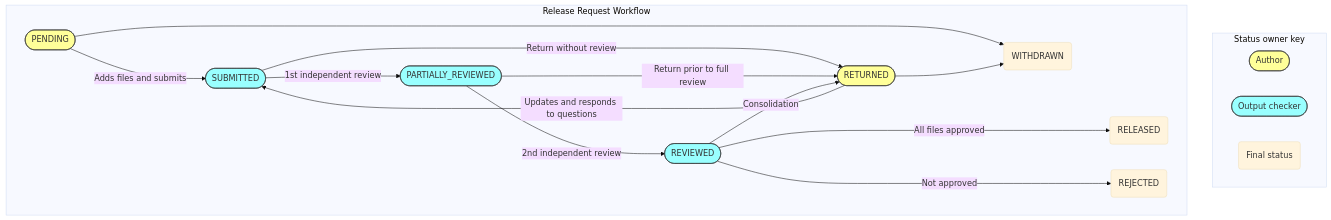
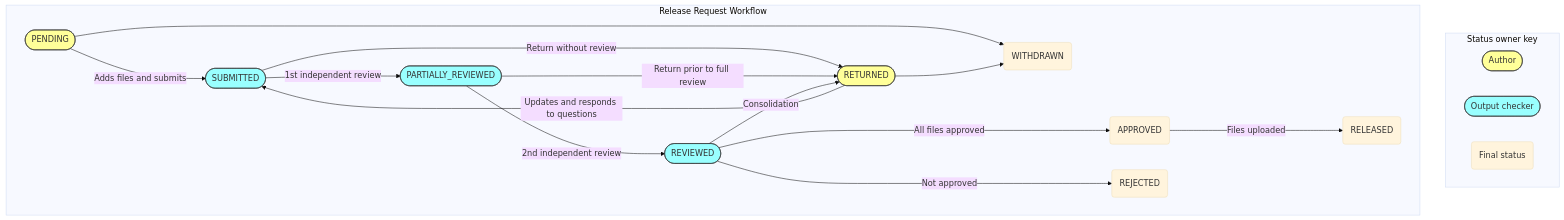
Before and after one commit to opensafely-core/airlock: the diagram in docs/explanation/workflow-and-permissions.md, drawn with Mermaid (base theme). The commit also changed other lines of this file, not shown here.

Commit message:
Update workflow diagram

````diff
--- a/docs/explanation/workflow-and-permissions.md
+++ b/docs/explanation/workflow-and-permissions.md
@@ -48,27 +53,28 @@
 ```mermaid
 flowchart TD
     subgraph Status owner key
     direction LR
         1([Author]):::author
         2([Output checker]):::checker
         3(Final status)
     end
 
     subgraph Release Request Workflow
         A([PENDING]):::author -- Adds files and submits --> B([SUBMITTED]):::checker
         B -- 1st independent review --> C([PARTIALLY_REVIEWED]):::checker
         B -- Return without review --> E([RETURNED]):::author
         C -- 2nd independent review --> D([REVIEWED]):::checker
         C -- Return prior to full review --> E
         D -- Consolidation --> E
         E -- Updates and responds to questions --> B
-        D -- All files approved ----> F(RELEASED)
+        D -- All files approved ----> F(APPROVED)
         D -- Not approved ----> G(REJECTED)
-        A --> H(WITHDRAWN)
-        E --> H
+        F(APPROVED) -- Files uploaded ----> H(RELEASED)
+        A --> I(WITHDRAWN)
+        E --> I
     end
 
 classDef author fill:#ff9,stroke:#333;
 classDef checker fill:#9ff,stroke:#333;
 
 ```
````
